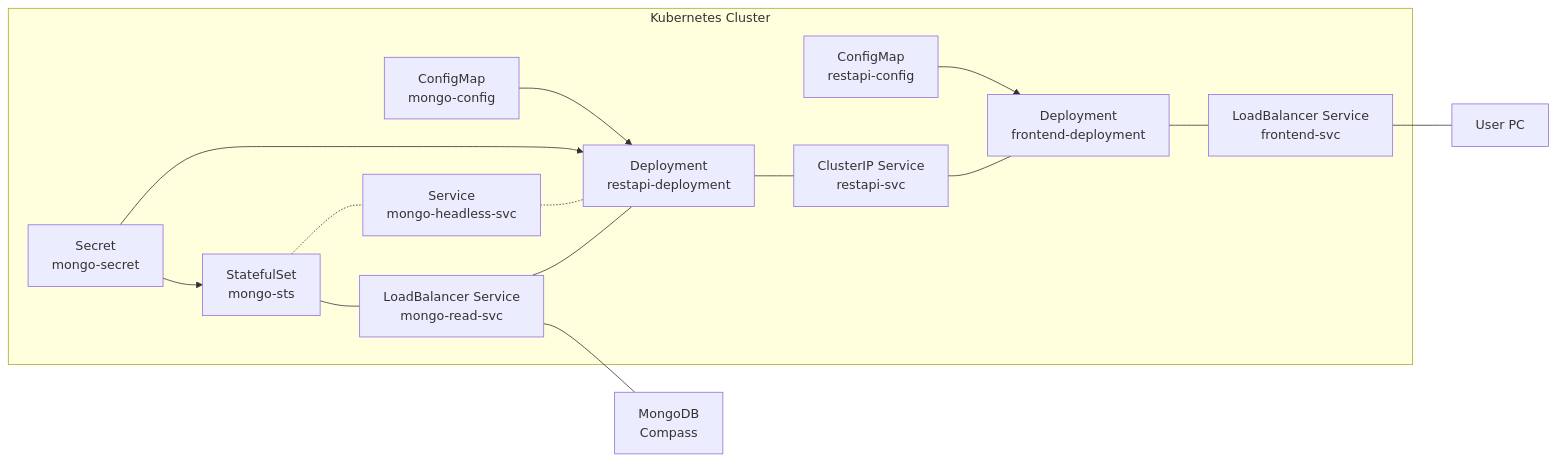
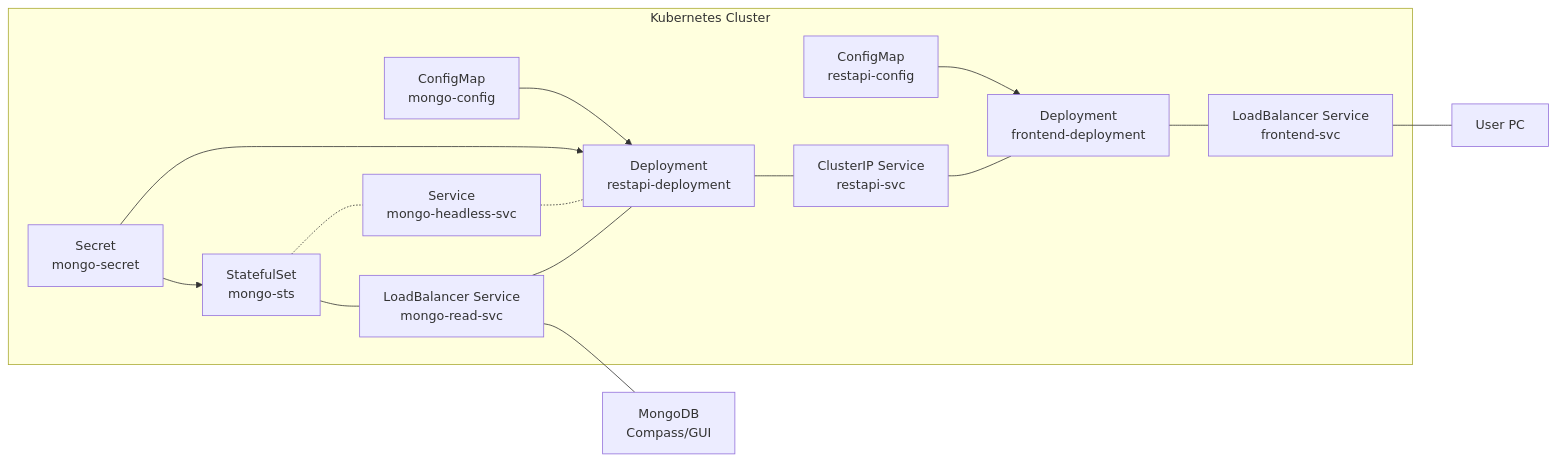
One commit to ccfrauasgr2/pet-detection changed the third of 4 diagrams in docs/Group_2_SS23_ProjectReport.md. Above: the diagram before and after it, drawn with Mermaid. The commit also changed other lines of this file, not shown here.

````diff
--- a/docs/Group_2_SS23_ProjectReport.md
+++ b/docs/Group_2_SS23_ProjectReport.md
@@ -119,31 +119,31 @@
 ```mermaid
 flowchart LR
     subgraph Kubernetes Cluster
   
     mongo-sts[StatefulSet\nmongo-sts]
     mongo-read-svc[LoadBalancer Service\nmongo-read-svc]
     mongo-headless-svc[Service\nmongo-headless-svc]
     mongo-secret[Secret\nmongo-secret]
     mongo-config[ConfigMap\nmongo-config]
     frontend-svc[LoadBalancer Service\nfrontend-svc]
     frontend-deployment[Deployment\nfrontend-deployment]
     restapi-config[ConfigMap\nrestapi-config]
     restapi-svc[ClusterIP Service\nrestapi-svc]
     restapi-deployment[Deployment\nrestapi-deployment]
 
 
     mongo-sts --- mongo-read-svc --- restapi-deployment --- restapi-svc   --- frontend-deployment --- frontend-svc
     mongo-sts -.- mongo-headless-svc -.- restapi-deployment
     mongo-secret --> mongo-sts & restapi-deployment
     mongo-config --> restapi-deployment 
     restapi-config --> frontend-deployment
 
     end
 
-    compass[MongoDB\nCompass]
+    compass[MongoDB\nCompass/GUI]
     user[User PC]
 
     mongo-read-svc --- compass
     frontend-svc --- user
 
 ```
````
